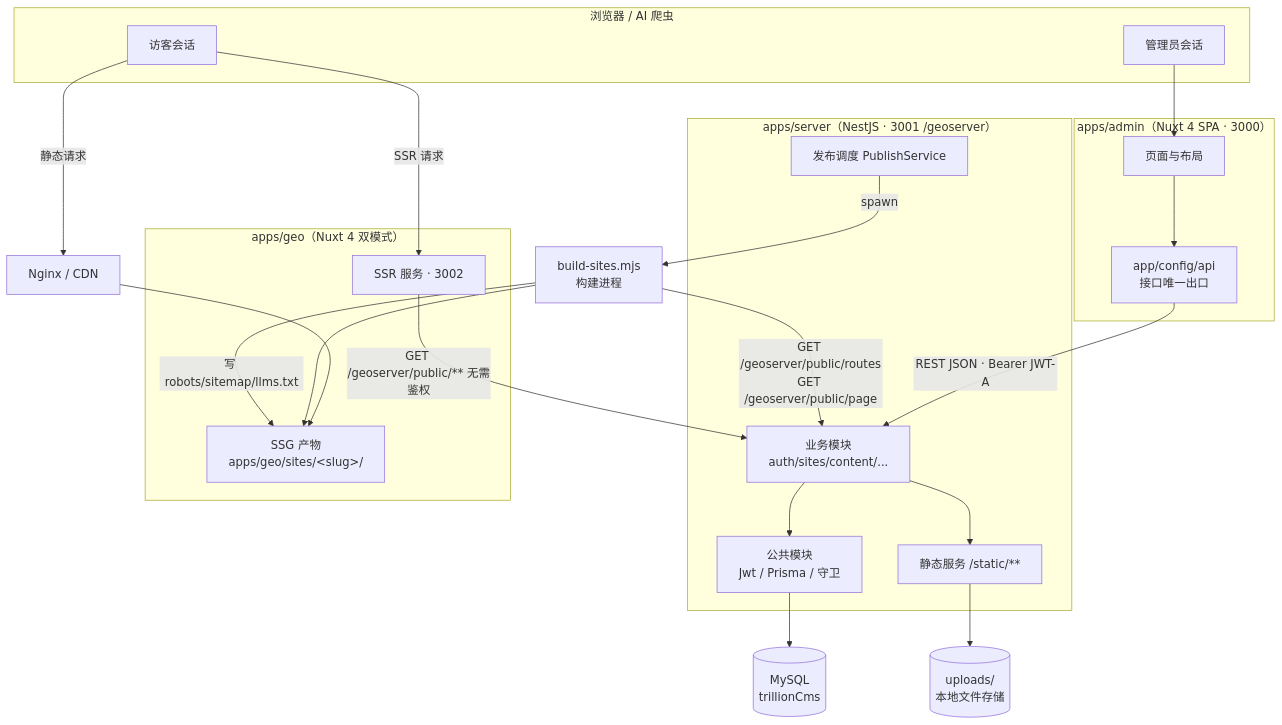
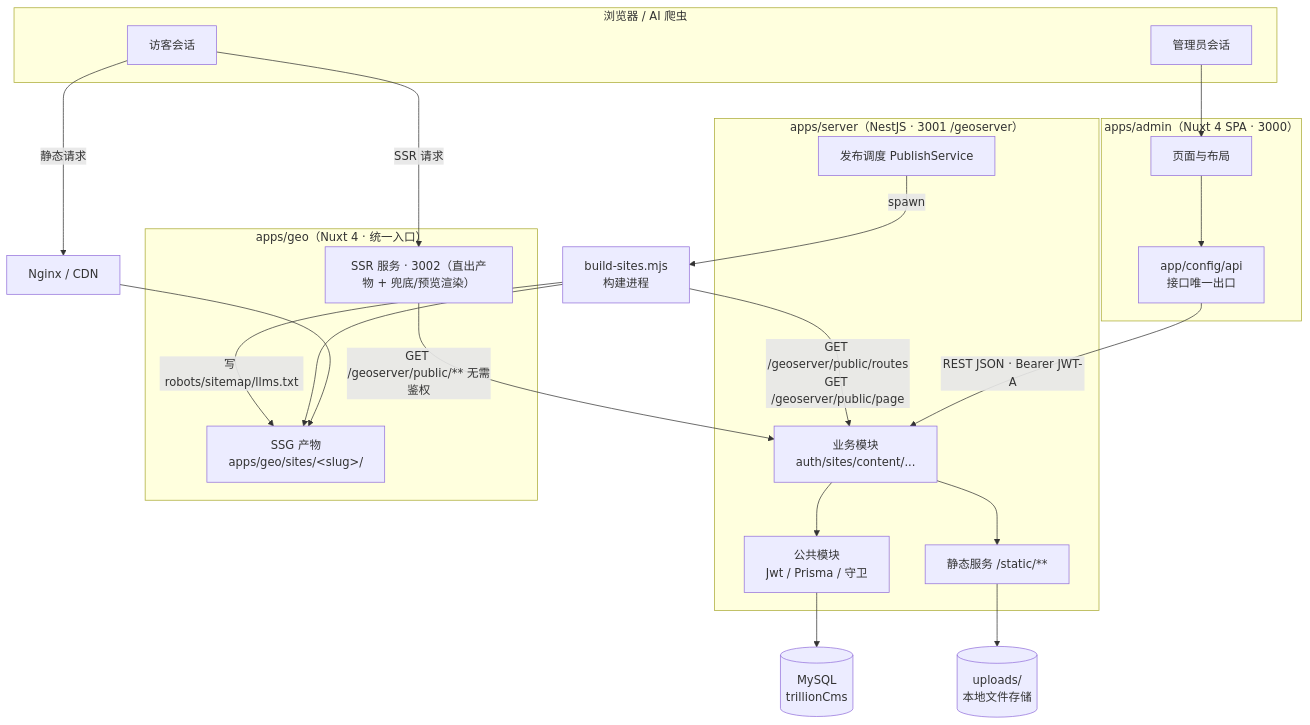
One commit to ht-sauce/trillion-cms-platform changed the second of 5 diagrams in docs/spec/01-system-context.md. Above: the diagram before and after it, drawn with Mermaid. The commit also changed other lines of this file and 30 other files, not shown here.

````diff
--- a/docs/spec/01-system-context.md
+++ b/docs/spec/01-system-context.md
@@ -50,44 +50,44 @@
 ```mermaid
 flowchart TB
   subgraph Browser["浏览器 / AI 爬虫"]
     B1["管理员会话"]
     B2["访客会话"]
   end
 
   subgraph AdminApp["apps/admin（Nuxt 4 SPA · 3000）"]
     A1["页面与布局"]
     A2["app/config/api<br/>接口唯一出口"]
   end
 
   subgraph ServerApp["apps/server（NestJS · 3001 /geoserver）"]
     S1["业务模块<br/>auth/sites/content/..."]
     S2["公共模块<br/>Jwt / Prisma / 守卫"]
     S3["静态服务 /static/**"]
     S4["发布调度 PublishService"]
   end
 
-  subgraph GeoApp["apps/geo（Nuxt 4 双模式）"]
+  subgraph GeoApp["apps/geo（Nuxt 4 · 统一入口）"]
     G1["SSG 产物<br/>apps/geo/sites/&lt;slug&gt;/"]
-    G2["SSR 服务 · 3002"]
+    G2["SSR 服务 · 3002（直出产物 + 兜底/预览渲染）"]
   end
 
   DB[("MySQL<br/>trillionCms")]
   FS[("uploads/<br/>本地文件存储")]
   NGINX["Nginx / CDN"]
   BUILD["build-sites.mjs<br/>构建进程"]
 
   B1 --> A1
   A1 --> A2
   A2 -->|"REST JSON · Bearer JWT-A"| S1
   B2 -->|"静态请求"| NGINX
   B2 -->|"SSR 请求"| G2
   NGINX --> G1
   G2 -->|"GET /geoserver/public/** 无需鉴权"| S1
   S1 --> S2
   S2 --> DB
   S1 --> S3 --> FS
   S4 -->|"spawn"| BUILD
   BUILD -->|"GET /geoserver/public/routes<br/>GET /geoserver/public/page"| S1
   BUILD --> G1
   BUILD -->|"写 robots/sitemap/llms.txt"| G1
 ```
````
